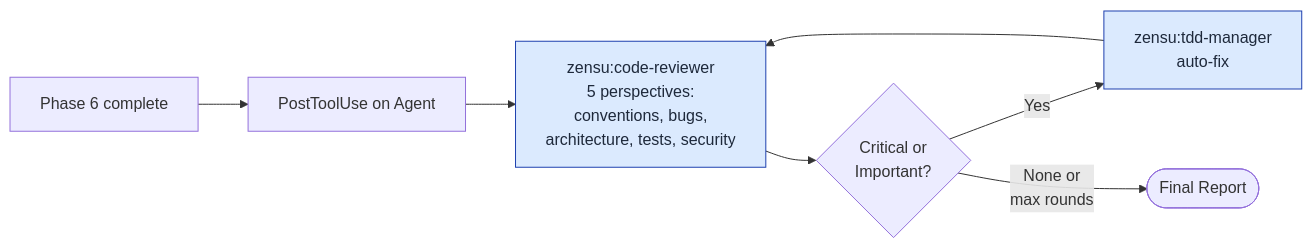
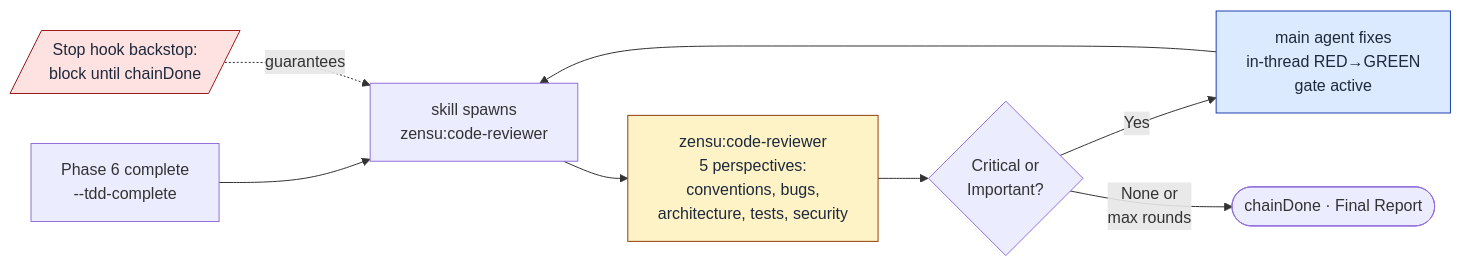
The fourth of 4 diagrams in docs/tdd-manager-workflow.md (MKITConsulting/zensu-claude-code), drawn with Mermaid before and after one commit. The commit also changed other lines of this file and 30 other files, not shown here.

````diff
--- a/docs/tdd-manager-workflow.md
+++ b/docs/tdd-manager-workflow.md
@@ -233,12 +236,14 @@
 ```mermaid
 flowchart LR
-    P6[Phase 6 complete] --> Hook[PostToolUse on Agent]
-    Hook --> Reviewer[zensu:code-reviewer<br/>5 perspectives:<br/>conventions, bugs,<br/>architecture, tests, security]
+    P6[Phase 6 complete<br/>--tdd-complete] --> Spawn[skill spawns<br/>zensu:code-reviewer]
+    Stop[/Stop hook backstop:<br/>block until chainDone/] -.guarantees.-> Spawn
+    Spawn --> Reviewer[zensu:code-reviewer<br/>5 perspectives:<br/>conventions, bugs,<br/>architecture, tests, security]
     Reviewer --> Findings{Critical or<br/>Important?}
-    Findings -->|Yes| Fix[zensu:tdd-manager<br/>auto-fix]
-    Fix --> Reviewer
-    Findings -->|None or<br/>max rounds| Done([Final Report])
+    Findings -->|Yes| Fix[main agent fixes<br/>in-thread RED→GREEN<br/>gate active]
+    Fix --> Spawn
+    Findings -->|None or<br/>max rounds| Done([chainDone · Final Report])
 
-    style Reviewer fill:#dbeafe,stroke:#1e40af,color:#1e293b
+    style Reviewer fill:#fef3c7,stroke:#92400e,color:#1e293b
     style Fix fill:#dbeafe,stroke:#1e40af,color:#1e293b
+    style Stop fill:#fee2e2,stroke:#991b1b,color:#1e293b
 ```
````
